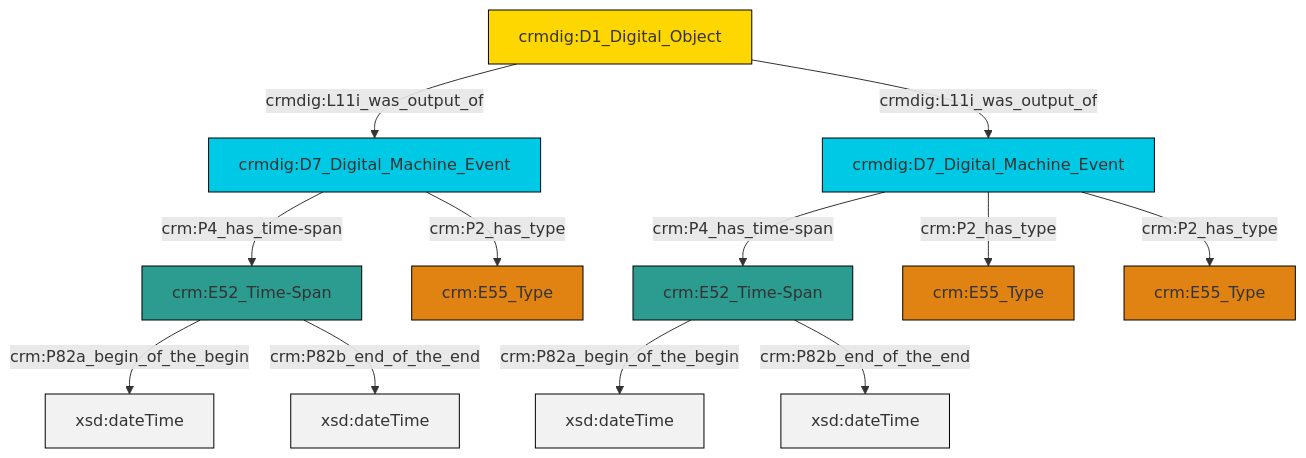
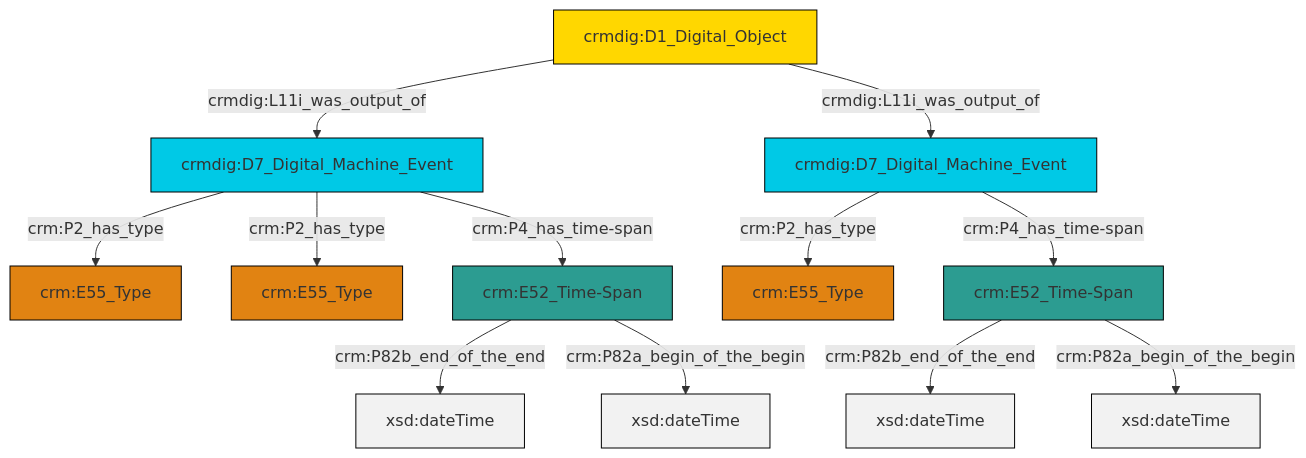
One commit to swiss-art-research-net/docs.swissartresearch changed the diagram in et/doCSV/ttl/mmd/do_existence.ttl.mmd. Above: the diagram before and after it, drawn with Mermaid. The commit also changed 205 other files, not shown here.

```diff
--- a/et/doCSV/ttl/mmd/do_existence.ttl.mmd
+++ b/et/doCSV/ttl/mmd/do_existence.ttl.mmd
@@ -1,26 +1,26 @@
 graph TD
 classDef Literal fill:#f2f2f2,stroke:#000000;
 classDef CRM_Entity fill:#FFFFFF,stroke:#000000;
 classDef Temporal_Entity fill:#00C9E6, stroke:#000000;
 classDef Type fill:#E18312, stroke:#000000;
 classDef Time-Span fill:#2C9C91, stroke:#000000;
 classDef Appellation fill:#FFEB7F, stroke:#000000;
 classDef Place fill:#008836, stroke:#000000;
 classDef Persistent_Item fill:#B266B2, stroke:#000000;
 classDef Conceptual_Object fill:#FFD700, stroke:#000000;
 classDef Physical_Thing fill:#D2B48C, stroke:#000000;
 classDef Actor fill:#f58aad, stroke:#000000;
 classDef PC_Classes fill:#4ce600, stroke:#000000;
 classDef Multi fill:#cccccc,stroke:#000000;
 
-2["crm:E52_Time-Span"]:::Time-Span -->|crm:P82a_begin_of_the_begin| 3[xsd:dateTime]:::Literal
-4["crmdig:D7_Digital_Machine_Event"]:::Temporal_Entity -->|crm:P4_has_time-span| 2["crm:E52_Time-Span"]:::Time-Span
-9["crmdig:D7_Digital_Machine_Event"]:::Temporal_Entity -->|crm:P2_has_type| 10["crm:E55_Type"]:::Type
-7["crm:E52_Time-Span"]:::Time-Span -->|crm:P82a_begin_of_the_begin| 12[xsd:dateTime]:::Literal
-9["crmdig:D7_Digital_Machine_Event"]:::Temporal_Entity -->|crm:P2_has_type| 14["crm:E55_Type"]:::Type
-4["crmdig:D7_Digital_Machine_Event"]:::Temporal_Entity -->|crm:P2_has_type| 5["crm:E55_Type"]:::Type
-0["crmdig:D1_Digital_Object"]:::Conceptual_Object -->|crmdig:L11i_was_output_of| 4["crmdig:D7_Digital_Machine_Event"]:::Temporal_Entity
-9["crmdig:D7_Digital_Machine_Event"]:::Temporal_Entity -->|crm:P4_has_time-span| 7["crm:E52_Time-Span"]:::Time-Span
-0["crmdig:D1_Digital_Object"]:::Conceptual_Object -->|crmdig:L11i_was_output_of| 9["crmdig:D7_Digital_Machine_Event"]:::Temporal_Entity
-2["crm:E52_Time-Span"]:::Time-Span -->|crm:P82b_end_of_the_end| 20[xsd:dateTime]:::Literal
-7["crm:E52_Time-Span"]:::Time-Span -->|crm:P82b_end_of_the_end| 22[xsd:dateTime]:::Literal
+4["crmdig:D7_Digital_Machine_Event"]:::Temporal_Entity -->|crm:P2_has_type| 0["crm:E55_Type"]:::Type
+5["crmdig:D7_Digital_Machine_Event"]:::Temporal_Entity -->|crm:P2_has_type| 2["crm:E55_Type"]:::Type
+5["crmdig:D7_Digital_Machine_Event"]:::Temporal_Entity -->|crm:P4_has_time-span| 8["crm:E52_Time-Span"]:::Time-Span
+8["crm:E52_Time-Span"]:::Time-Span -->|crm:P82b_end_of_the_end| 9[xsd:dateTime]:::Literal
+4["crmdig:D7_Digital_Machine_Event"]:::Temporal_Entity -->|crm:P2_has_type| 10["crm:E55_Type"]:::Type
+6["crmdig:D1_Digital_Object"]:::Conceptual_Object -->|crmdig:L11i_was_output_of| 4["crmdig:D7_Digital_Machine_Event"]:::Temporal_Entity
+11["crm:E52_Time-Span"]:::Time-Span -->|crm:P82b_end_of_the_end| 12[xsd:dateTime]:::Literal
+8["crm:E52_Time-Span"]:::Time-Span -->|crm:P82a_begin_of_the_begin| 17[xsd:dateTime]:::Literal
+6["crmdig:D1_Digital_Object"]:::Conceptual_Object -->|crmdig:L11i_was_output_of| 5["crmdig:D7_Digital_Machine_Event"]:::Temporal_Entity
+11["crm:E52_Time-Span"]:::Time-Span -->|crm:P82a_begin_of_the_begin| 18[xsd:dateTime]:::Literal
+4["crmdig:D7_Digital_Machine_Event"]:::Temporal_Entity -->|crm:P4_has_time-span| 11["crm:E52_Time-Span"]:::Time-Span
```
